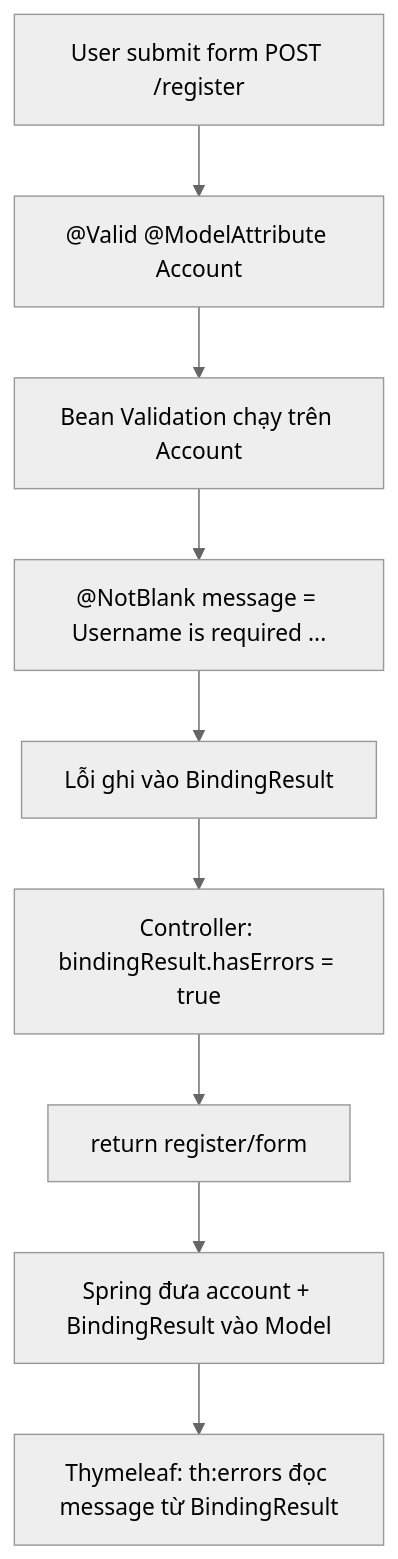
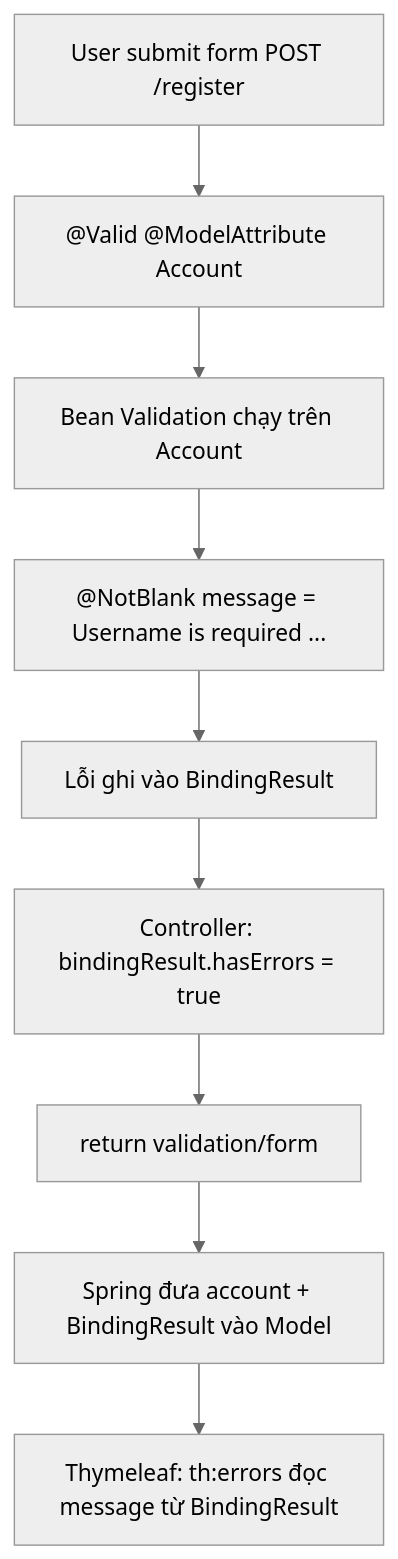
Before and after one commit to nguyenvudangkhoa189/t3h-ltv-java-module-2: the third of 5 diagrams in syllabus/module-2/java_m2_bai6_SpringMVC.md, drawn with Mermaid (neutral theme). The commit also changed other lines of this file and 43 other files, not shown here.

````diff
--- a/syllabus/module-2/java_m2_bai6_SpringMVC.md
+++ b/syllabus/module-2/java_m2_bai6_SpringMVC.md
@@ -671,11 +688,11 @@
 ```mermaid
 flowchart TD
     A["User submit form POST /register"] --> B["@Valid @ModelAttribute Account"]
     B --> C["Bean Validation chạy trên Account"]
     C --> D["@NotBlank message = Username is required ..."]
     D --> E["Lỗi ghi vào BindingResult"]
     E --> F["Controller: bindingResult.hasErrors = true"]
-    F --> G["return register/form"]
+    F --> G["return validation/form"]
     G --> H["Spring đưa account + BindingResult vào Model"]
     H --> I["Thymeleaf: th:errors đọc message từ BindingResult"]
 ```
````
